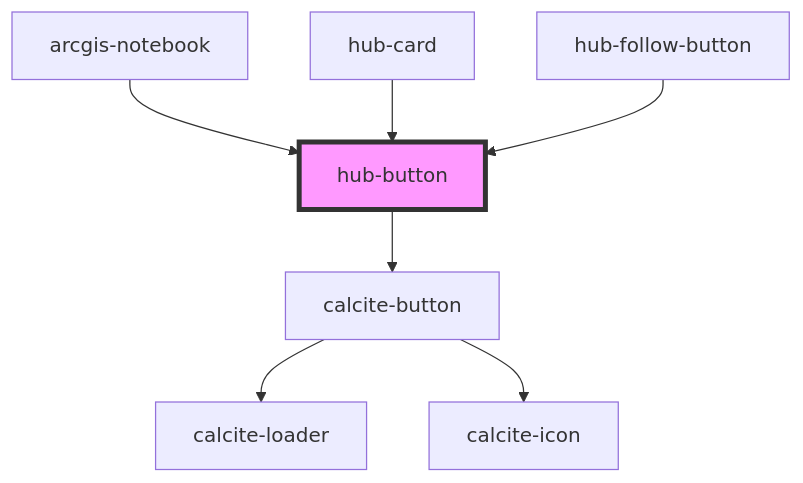
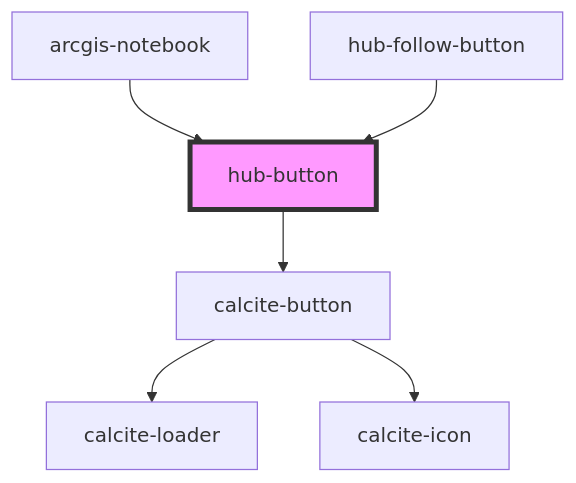
The diagram in src/components/hub-button/readme.md (esridc/hub-components-experiments), drawn with Mermaid before and after one commit. The commit also changed other lines of this file and 18 other files, not shown here.

````diff
--- a/src/components/hub-button/readme.md
+++ b/src/components/hub-button/readme.md
@@ -30,10 +29,9 @@
 ```mermaid
 graph TD;
   hub-button --> calcite-button
   calcite-button --> calcite-loader
   calcite-button --> calcite-icon
   arcgis-notebook --> hub-button
-  hub-card --> hub-button
   hub-follow-button --> hub-button
   style hub-button fill:#f9f,stroke:#333,stroke-width:4px
 ```
````
